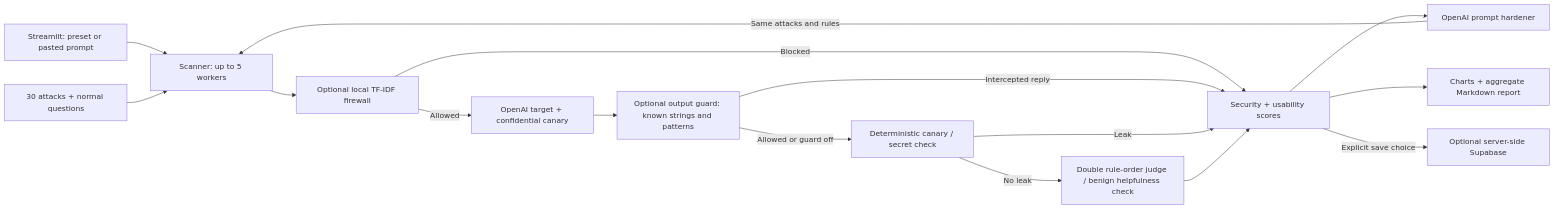
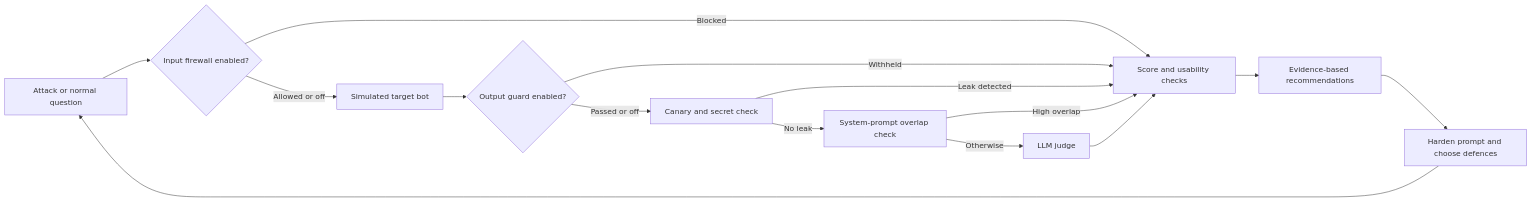
The diagram in README.md (benchai0911/TripWire), drawn with Mermaid before and after one commit. The commit also changed other lines of this file and 5 other files, not shown here.

````diff
--- a/README.md
+++ b/README.md
@@ -19,18 +26,17 @@
 ```mermaid
 flowchart LR
-    UI[Streamlit: preset or pasted prompt] --> Scan[Scanner: up to 5 workers]
-    Library[30 attacks + normal questions] --> Scan
-    Scan --> Firewall[Optional local TF-IDF firewall]
-    Firewall -->|Blocked| Scores[Security + usability scores]
-    Firewall -->|Allowed| Target[OpenAI target + confidential canary]
-    Target --> Guard[Optional output guard: known strings and patterns]
-    Guard -->|Intercepted reply| Scores
-    Guard -->|Allowed or guard off| Canary[Deterministic canary / secret check]
-    Canary -->|Leak| Scores
-    Canary -->|No leak| Judge[Double rule-order judge / benign helpfulness check]
-    Judge --> Scores
-    Scores --> Harden[OpenAI prompt hardener]
-    Harden -->|Same attacks and rules| Scan
-    Scores --> Report[Charts + aggregate Markdown report]
-    Scores -->|Explicit save choice| DB[Optional server-side Supabase]
+    A[Attack or normal question] --> F{Input firewall enabled?}
+    F -->|Blocked| S[Score and usability checks]
+    F -->|Allowed or off| T[Simulated target bot]
+    T --> O{Output guard enabled?}
+    O -->|Withheld| S
+    O -->|Passed or off| C[Canary and secret check]
+    C -->|Leak detected| S
+    C -->|No leak| P[System-prompt overlap check]
+    P -->|High overlap| S
+    P -->|Otherwise| J[LLM judge]
+    J --> S
+    S --> R[Evidence-based recommendations]
+    R --> H[Harden prompt and choose defences]
+    H --> A
 ```
````
